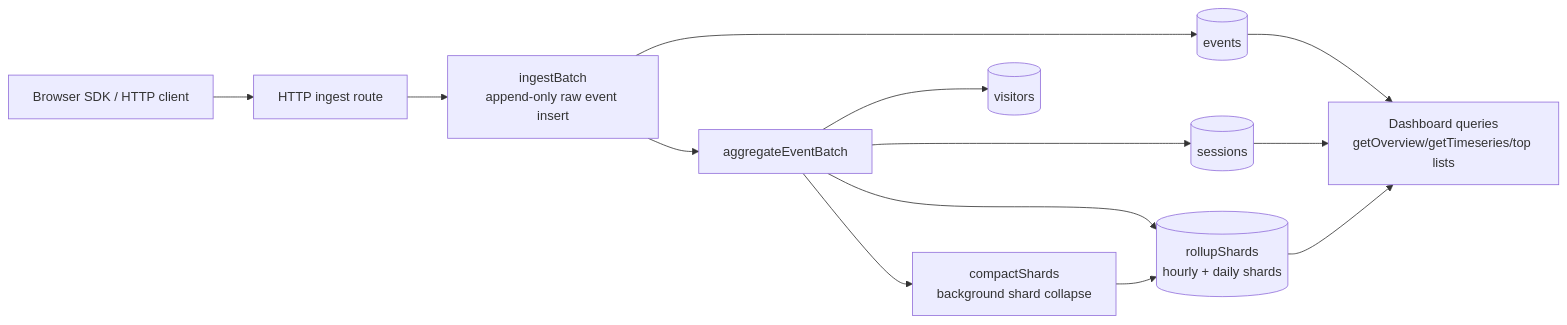
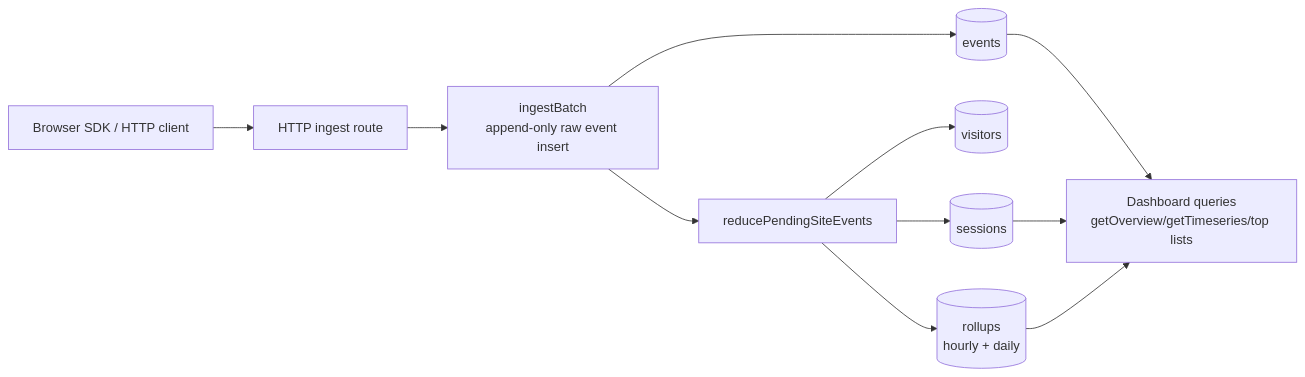
Before and after one commit to Abdssamie/convex-analytics: the diagram in README.md, drawn with Mermaid. The commit also changed other lines of this file and 22 other files, not shown here.

Commit message:
Rename rollupShards to rollups and remove shard

````diff
--- a/README.md
+++ b/README.md
@@ -31,15 +31,13 @@
 ```mermaid
 flowchart LR
     Browser["Browser SDK / HTTP client"] --> Http["HTTP ingest route"]
     Http --> Ingest["ingestBatch\nappend-only raw event insert"]
     Ingest --> Events[("events")]
-    Ingest --> Worker["aggregateEventBatch"]
+    Ingest --> Worker["reducePendingSiteEvents"]
     Worker --> Visitors[("visitors")]
     Worker --> Sessions[("sessions")]
-    Worker --> Rollups[("rollupShards\nhourly + daily shards")]
-    Worker --> Compaction["compactShards\nbackground shard collapse"]
-    Compaction --> Rollups
+    Worker --> Rollups[("rollups\nhourly + daily")]
     Rollups --> Dashboard["Dashboard queries\ngetOverview/getTimeseries/top lists"]
     Events --> Dashboard
     Sessions --> Dashboard
 ```
````
